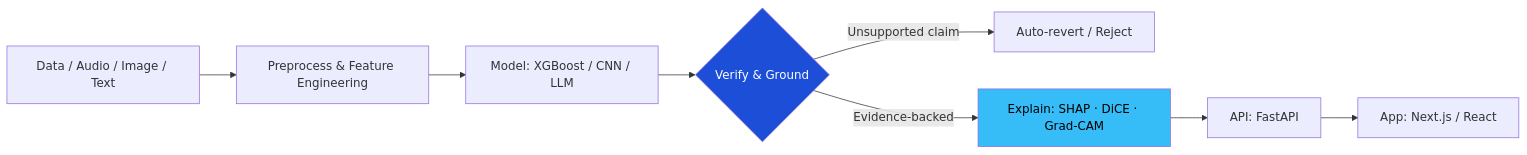
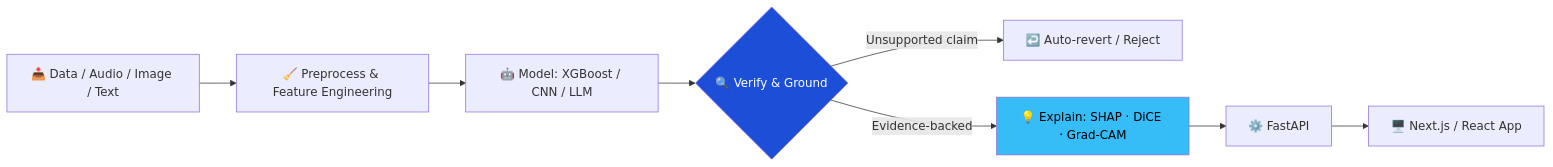
One commit to sooraj4sure/sooraj4sure changed the diagram in README.md. Above: the diagram before and after it, drawn with Mermaid. The commit also changed other lines of this file, not shown here.

````diff
--- a/README.md
+++ b/README.md
@@ -127,12 +148,12 @@
 ```mermaid
 flowchart LR
-    A[Data / Audio / Image / Text] --> B[Preprocess & Feature Engineering]
-    B --> C[Model: XGBoost / CNN / LLM]
-    C --> D{Verify & Ground}
-    D -->|Unsupported claim| E[Auto-revert / Reject]
-    D -->|Evidence-backed| F[Explain: SHAP · DiCE · Grad-CAM]
-    F --> G[API: FastAPI]
-    G --> H[App: Next.js / React]
+    A[📥 Data / Audio / Image / Text] --> B[🧹 Preprocess & Feature Engineering]
+    B --> C[🤖 Model: XGBoost / CNN / LLM]
+    C --> D{🔍 Verify & Ground}
+    D -->|Unsupported claim| E[↩️ Auto-revert / Reject]
+    D -->|Evidence-backed| F[💡 Explain: SHAP · DiCE · Grad-CAM]
+    F --> G[⚙️ FastAPI]
+    G --> H[🖥️ Next.js / React App]
     style D fill:#1d4ed8,color:#fff
     style F fill:#36BCF7,color:#000
 ```
````
